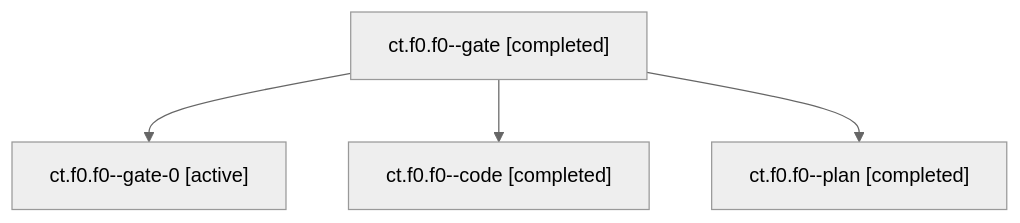
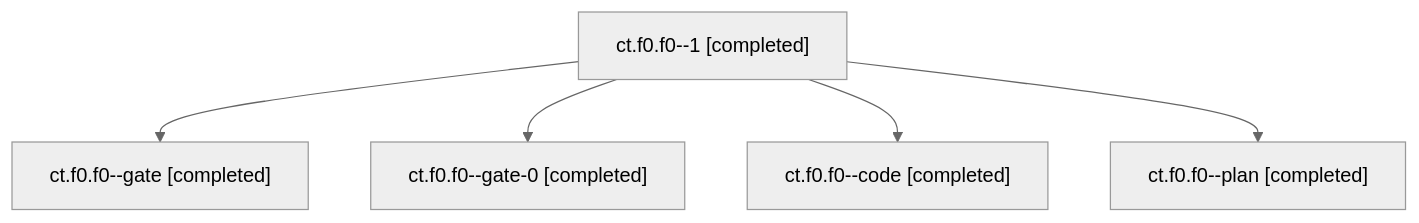
One commit to bobs-org/bob-cli--agents changed the diagram in sessions/bbugyi200.apollo.ct.f0.f0.md. Above: the diagram before and after it, drawn with Mermaid (neutral theme). The commit also changed other lines of this file and 42 other files, not shown here.

````diff
--- a/sessions/bbugyi200.apollo.ct.f0.f0.md
+++ b/sessions/bbugyi200.apollo.ct.f0.f0.md
@@ -9,10 +9,12 @@
 ```mermaid
 flowchart TD
-  n0["ct.f0.f0--gate [completed]"]
-  n1["ct.f0.f0--gate-0 [active]"]
+  n0["ct.f0.f0--1 [completed]"]
+  n1["ct.f0.f0--gate [completed]"]
   n0 --> n1
-  n2["ct.f0.f0--code [completed]"]
+  n2["ct.f0.f0--gate-0 [completed]"]
   n0 --> n2
-  n3["ct.f0.f0--plan [completed]"]
+  n3["ct.f0.f0--code [completed]"]
   n0 --> n3
+  n4["ct.f0.f0--plan [completed]"]
+  n0 --> n4
 ```
````
